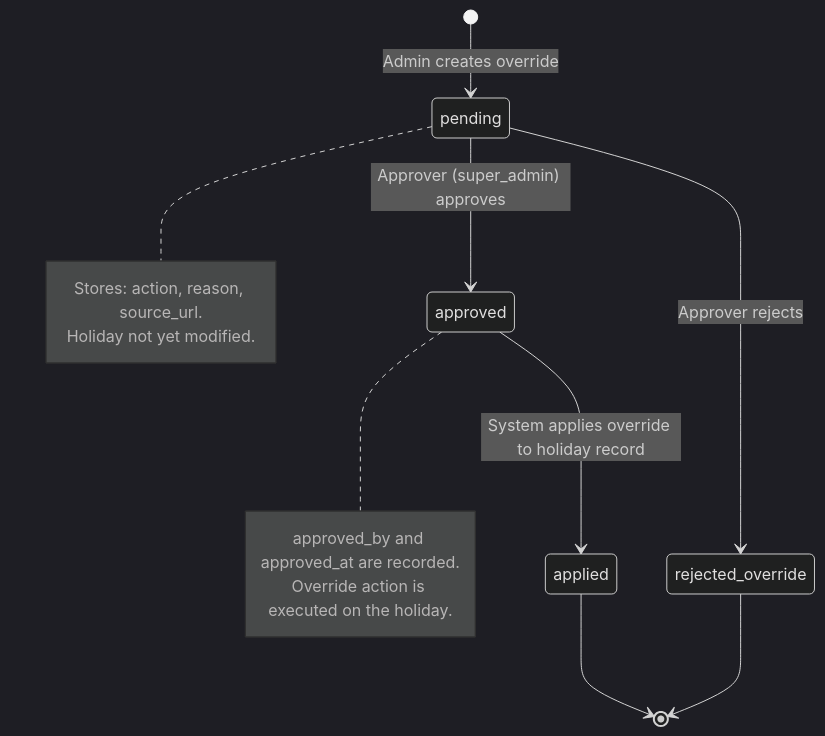
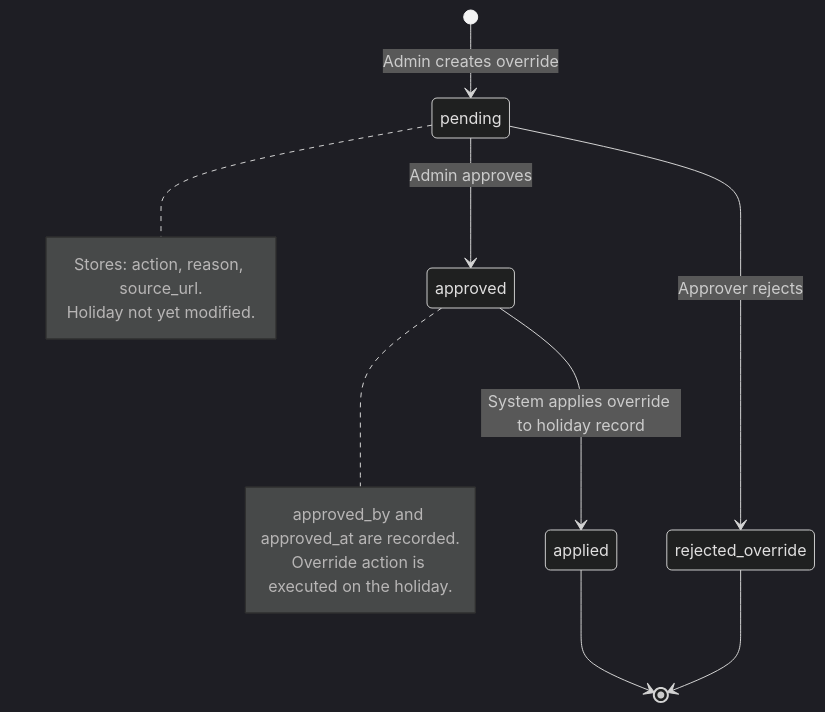
Before and after one commit to DyDxdYdX/malaysia-holiday-api: the fourth of 7 diagrams in docs/06-state-machines.md, drawn with Mermaid (dark theme). The commit also changed other lines of this file and 15 other files, not shown here.

````diff
--- a/docs/06-state-machines.md
+++ b/docs/06-state-machines.md
@@ -98,21 +98,21 @@
 ```mermaid
 stateDiagram-v2
     [*] --> pending : Admin creates override
 
-    pending --> approved : Approver (super_admin) approves
+    pending --> approved : Admin approves
     pending --> rejected_override : Approver rejects
 
     approved --> applied : System applies override to holiday record
     applied --> [*]
     rejected_override --> [*]
 
     note right of pending
         Stores: action, reason, source_url.
         Holiday not yet modified.
     end note
 
     note right of approved
         approved_by and approved_at are recorded.
         Override action is executed on the holiday.
     end note
 ```
````
